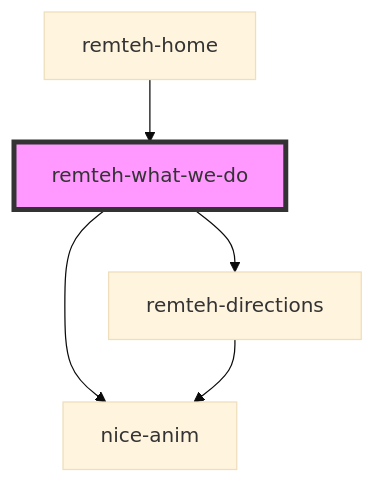
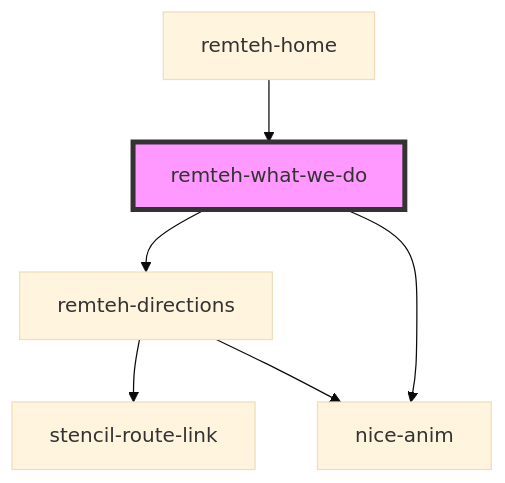
One commit to p1nta/remtehnaladka changed the diagram in src/components/remteh-what-we-do/readme.md. Above: the diagram before and after it, drawn with Mermaid (base theme). The commit also changed 4 other files, not shown here.

````diff
--- a/src/components/remteh-what-we-do/readme.md
+++ b/src/components/remteh-what-we-do/readme.md
@@ -20,8 +20,9 @@
 ```mermaid
 graph TD;
   remteh-what-we-do --> remteh-directions
   remteh-what-we-do --> nice-anim
+  remteh-directions --> stencil-route-link
   remteh-directions --> nice-anim
   remteh-home --> remteh-what-we-do
   style remteh-what-we-do fill:#f9f,stroke:#333,stroke-width:4px
 ```
````
